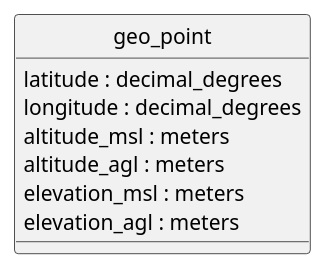
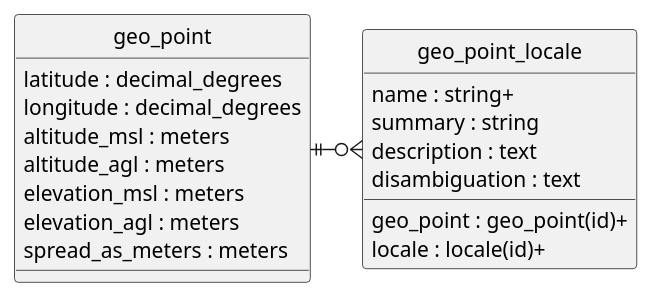
Before and after one commit to contactopensource/contactopensource: the diagram in doc/concepts/geo_point/uml.plantuml, drawn with PlantUML. The commit also changed 16 other files, not shown here.

```diff
--- a/doc/concepts/geo_point/uml.plantuml
+++ b/doc/concepts/geo_point/uml.plantuml
@@ -1,15 +1,27 @@
 @startuml uml
 skinparam monochrome true
 skinparam linetype ortho
 hide circle
 
 entity geo_point {
     latitude : decimal_degrees
     longitude : decimal_degrees
     altitude_msl : meters
     altitude_agl : meters
     elevation_msl : meters
     elevation_agl : meters
+    spread_as_meters : meters
 }
 
+entity geo_point_locale {
+    geo_point : geo_point(id)+
+    locale : locale(id)+
+    name : string+
+    summary : string
+    description : text
+    disambiguation : text
+}
+
+geo_point ||-r-o{ geo_point_locale
+
 @enduml
```
